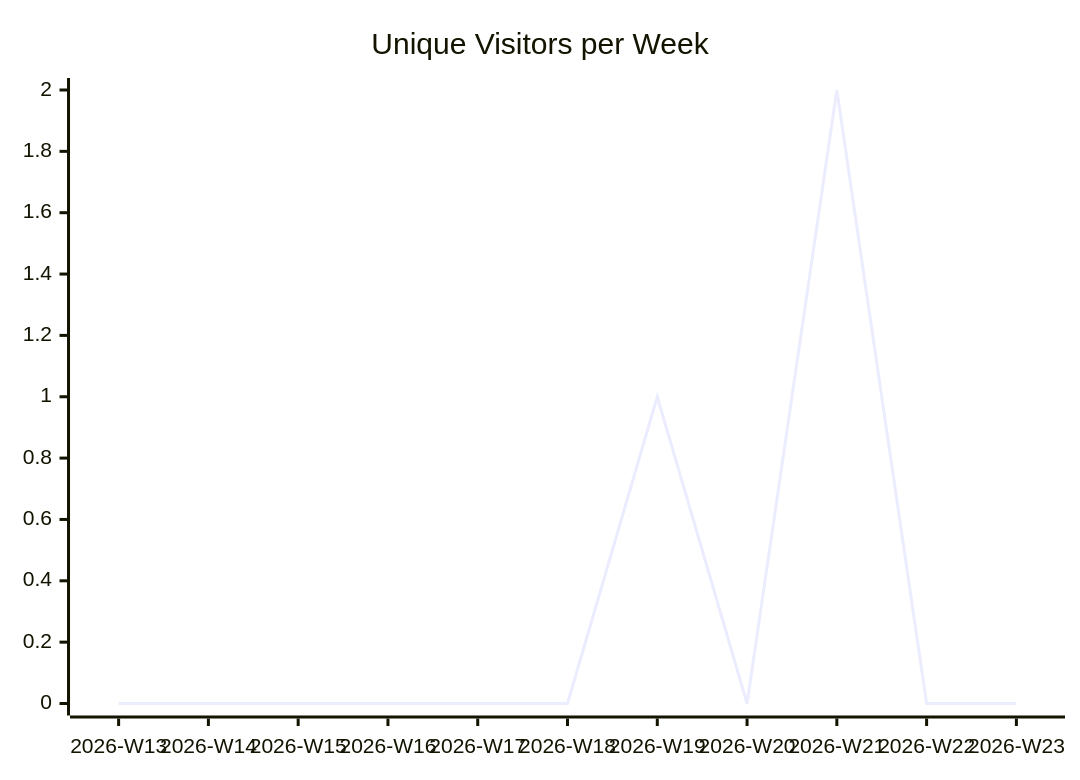
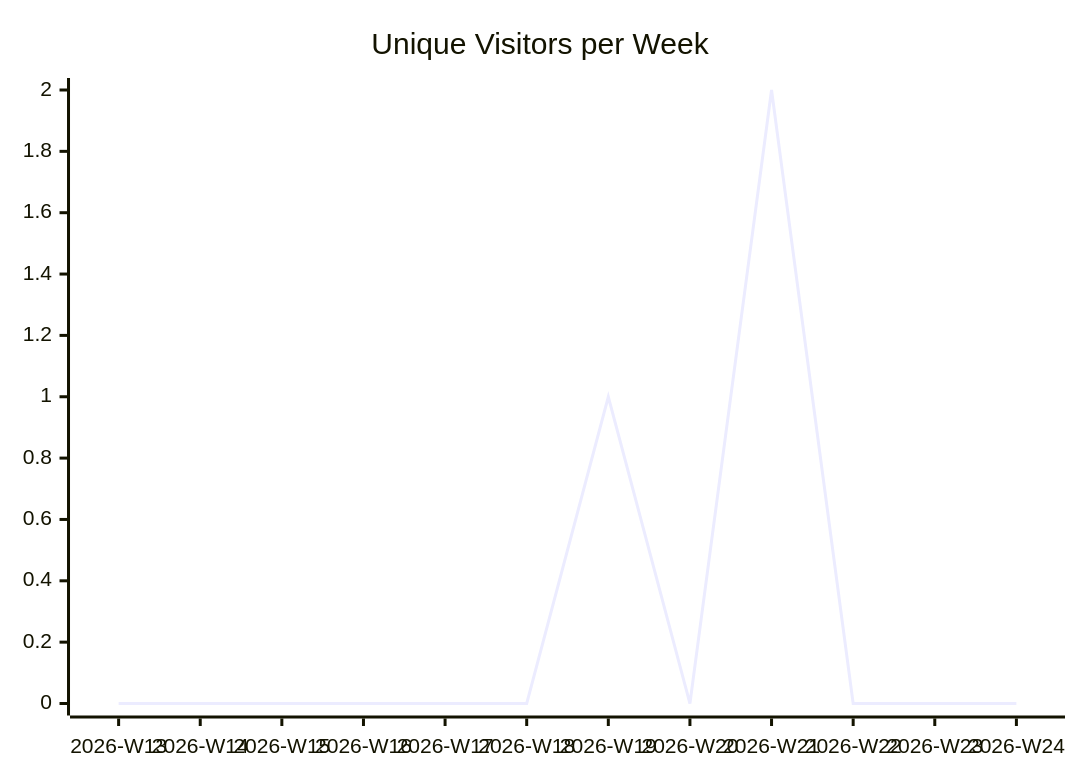
One commit to justdavis-family/github-analytics-data changed the first of 3 diagrams in karlmdavis/kobjects/README.md. Above: the diagram before and after it, drawn with Mermaid. The commit also changed other lines of this file and 189 other files, not shown here.

````diff
--- a/karlmdavis/kobjects/README.md
+++ b/karlmdavis/kobjects/README.md
@@ -5,6 +5,6 @@
 ```mermaid
 xychart-beta
   title "Unique Visitors per Week"
-  x-axis ["2026-W13", "2026-W14", "2026-W15", "2026-W16", "2026-W17", "2026-W18", "2026-W19", "2026-W20", "2026-W21", "2026-W22", "2026-W23"]
-  line [0, 0, 0, 0, 0, 0, 1, 0, 2, 0, 0]
+  x-axis ["2026-W13", "2026-W14", "2026-W15", "2026-W16", "2026-W17", "2026-W18", "2026-W19", "2026-W20", "2026-W21", "2026-W22", "2026-W23", "2026-W24"]
+  line [0, 0, 0, 0, 0, 0, 1, 0, 2, 0, 0, 0]
 ```
````
